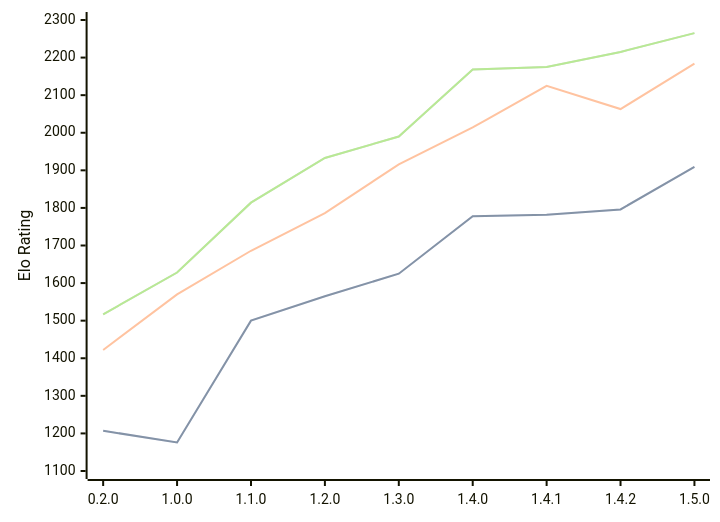
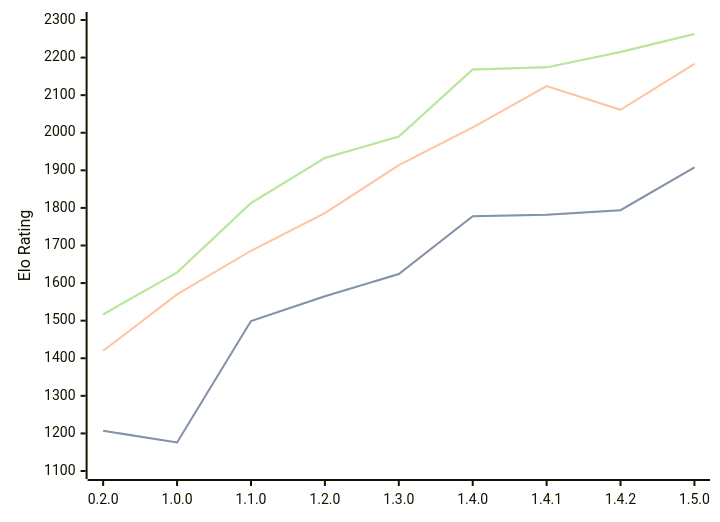
The diagram in engines/Zeppelin.md (computer-chess-index/cci), drawn with Mermaid before and after one commit. The commit also changed other lines of this file, not shown here.

Commit message:
Update CCI Ratings (ELO VLTC) - 2026-09-03

````diff
--- a/engines/Zeppelin.md
+++ b/engines/Zeppelin.md
@@ -39,11 +39,11 @@
 ```mermaid
 %%{init: {"theme":"base","themeVariables":{"seriesColors:['#a3a3a3','#222221','#faa371']}}}%%
 xychart-beta
   x-axis ["0.2.0", "1.0.0", "1.1.0", "1.2.0", "1.3.0", "1.4.0", "1.4.1", "1.4.2", "1.5.0"]
   y-axis "Elo Rating" 1100 --> 2300
-  line "" [1207, 1176, 1500, 1565, 1625, 1778, 1782, 1796, 1909]
-  line "STC (8.0+0.08s)" [1207, 1176, 1500, 1565, 1625, 1778, 1782, 1796, 1909]
-  line "LTC (60.0+0.60s)" [1422, 1570, 1686, 1786, 1916, 2014, 2125, 2063, 2184]
-  line "" [1517, 1628, 1814, 1933, 1990, 2168, 2175, 2215, 2265]
-  line "VLTC (2m24s+1.12s)" [1517, 1628, 1814, 1933, 1990, 2168, 2175, 2215, 2265]
+  line "" [1207, 1176, 1499, 1565, 1624, 1778, 1782, 1794, 1908]
+  line "STC (8.0+0.08s)" [1207, 1176, 1499, 1565, 1624, 1778, 1782, 1794, 1908]
+  line "LTC (60.0+0.60s)" [1420, 1570, 1686, 1786, 1914, 2014, 2124, 2061, 2183]
+  line "" [1517, 1628, 1813, 1933, 1990, 2168, 2174, 2215, 2263]
+  line "VLTC (2m24s+1.12s)" [1517, 1628, 1813, 1933, 1990, 2168, 2174, 2215, 2263]
 ```
````
